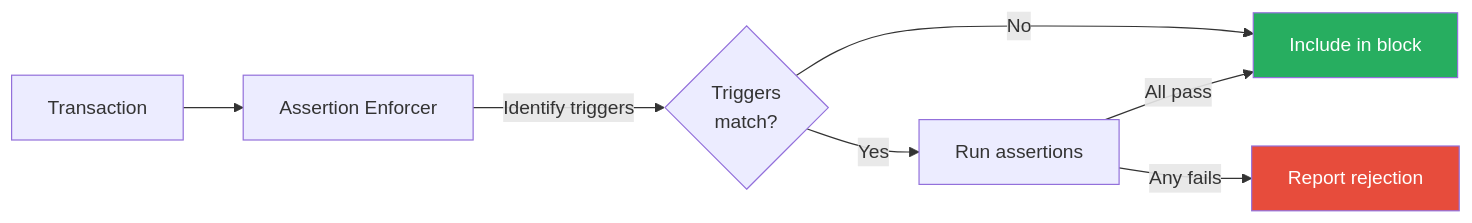
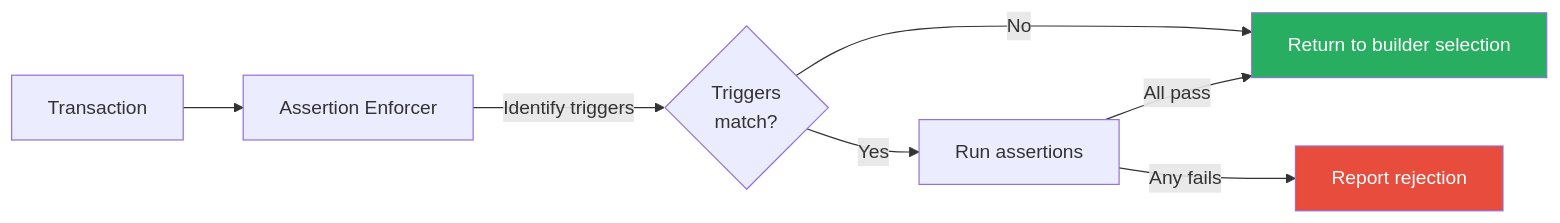
One commit to phylaxsystems/phylax-docs changed the first of 2 diagrams in credible/execution-model.mdx. Above: the diagram before and after it, drawn with Mermaid. The commit also changed other lines of this file and 25 other files, not shown here.

Commit message:
docs: distinguish sequencer and participating-builder enforcement

````diff
--- a/credible/execution-model.mdx
+++ b/credible/execution-model.mdx
@@ -24,12 +24,12 @@
 ```mermaid
 flowchart LR
     TX[Transaction] --> AE[Assertion Enforcer]
     AE --> |Identify triggers| MATCH{Triggers<br/>match?}
     MATCH --> |Yes| RUN[Run assertions]
-    MATCH --> |No| INCLUDE[Include in block]
+    MATCH --> |No| INCLUDE[Return to builder selection]
     RUN --> |All pass| INCLUDE
     RUN --> |Any fails| REPORT[Report rejection]
     
     style REPORT fill:#e74c3c,color:#fff
     style INCLUDE fill:#27ae60,color:#fff
 ```
````
